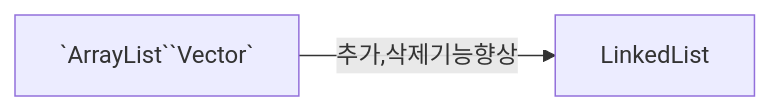
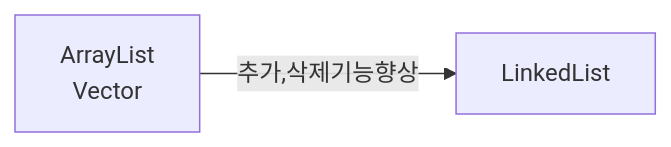
The eighth of 8 diagrams in _posts/2024-11-14-java-collection-framework.md (023-dev/023-dev.github.io), drawn with Mermaid before and after one commit.

Commit message:
update(post): Update post > java > collectoin framework

```diff
--- a/_posts/2024-11-14-java-collection-framework.md
+++ b/_posts/2024-11-14-java-collection-framework.md
@@ -696,4 +696,4 @@
 <div class="mermaid"> 
 graph LR
-    A[`ArrayList``Vector`] -- 추가,삭제기능향상 --> B[LinkedList]
+    A[ArrayList<br>Vector] -- 추가,삭제기능향상 --> B[LinkedList]
 </div>
```
